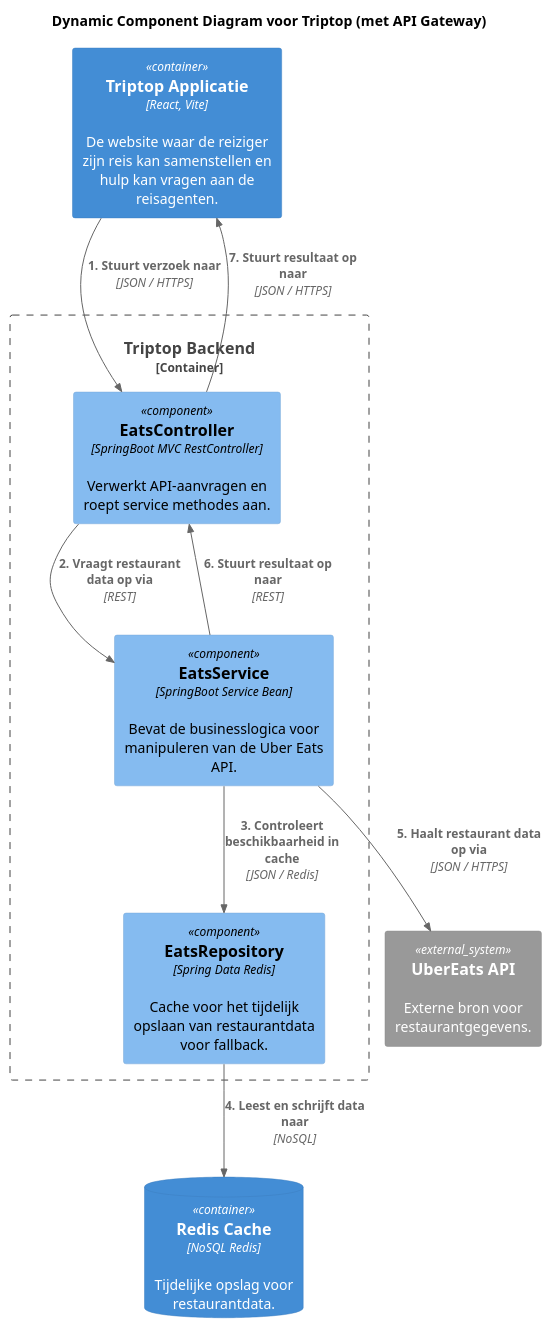
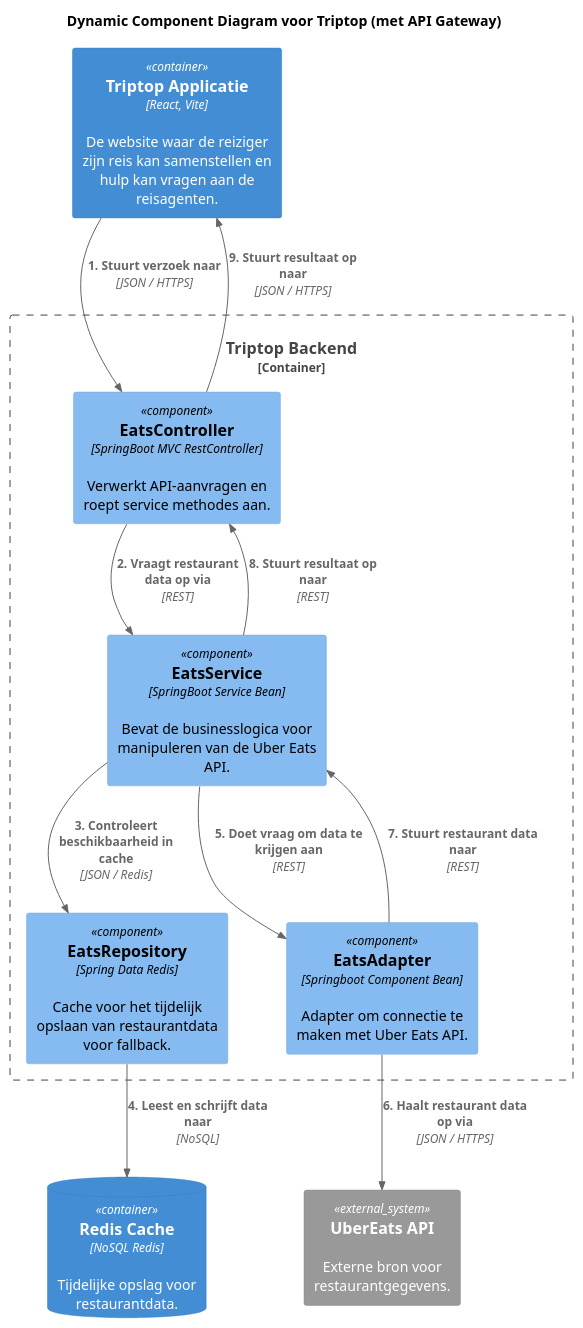
Before and after one commit to AIM-ENE-feb25/triptop-beca: the diagram in voorbereidingen/week2-les3/dynamic-component-diagram-atakan.puml, drawn with PlantUML.

Commit message:
Whoops wat vergeten

```diff
--- a/voorbereidingen/week2-les3/dynamic-component-diagram-atakan.puml
+++ b/voorbereidingen/week2-les3/dynamic-component-diagram-atakan.puml
@@ -1,26 +1,28 @@
 @startuml
 !include https://raw.githubusercontent.com/plantuml-stdlib/C4-PlantUML/master/C4_Component.puml
 
 title Dynamic Component Diagram voor Triptop (met API Gateway)
 
 Container(tt_app, "Triptop Applicatie", "React, Vite", "De website waar de reiziger zijn reis kan samenstellen en hulp kan vragen aan de reisagenten.")
 System_Ext(eats_api, "UberEats API", "Externe bron voor restaurantgegevens.")
 ContainerDb(redis, "Redis Cache", "NoSQL Redis", "Tijdelijke opslag voor restaurantdata.")
 
 Container_Boundary(api, "Triptop Backend") {
     Component(controller, "EatsController", "SpringBoot MVC RestController", "Verwerkt API-aanvragen en roept service methodes aan.")
     Component(service, "EatsService", "SpringBoot Service Bean", "Bevat de businesslogica voor manipuleren van de Uber Eats API.")
     Component(cache, "EatsRepository", "Spring Data Redis", "Cache voor het tijdelijk opslaan van restaurantdata voor fallback.")
+    Component(adapter, "EatsAdapter", "Springboot Component Bean", "Adapter om connectie te maken met Uber Eats API.")
 
     Rel(tt_app, controller, "1. Stuurt verzoek naar", "JSON / HTTPS")
     Rel(controller, service, "2. Vraagt restaurant data op via", "REST")
     Rel(service, cache, "3. Controleert beschikbaarheid in cache", "JSON / Redis")
     Rel(cache, redis, "4. Leest en schrijft data naar", "NoSQL")
-    Rel(service, eats_api, "5. Haalt restaurant data op via", "JSON / HTTPS")
-
-    Rel(service, controller, "6. Stuurt resultaat op naar", "REST")
-    Rel(controller, tt_app, "7. Stuurt resultaat op naar", "JSON / HTTPS")
+    Rel(service, adapter, "5. Doet vraag om data te krijgen aan", "REST")
+    Rel(adapter, eats_api, "6. Haalt restaurant data op via", "JSON / HTTPS")
+    Rel(adapter, service, "7. Stuurt restaurant data naar", "REST")
+    Rel(service, controller, "8. Stuurt resultaat op naar", "REST")
+    Rel(controller, tt_app, "9. Stuurt resultaat op naar", "JSON / HTTPS")
 }
 
 
 @enduml
```
